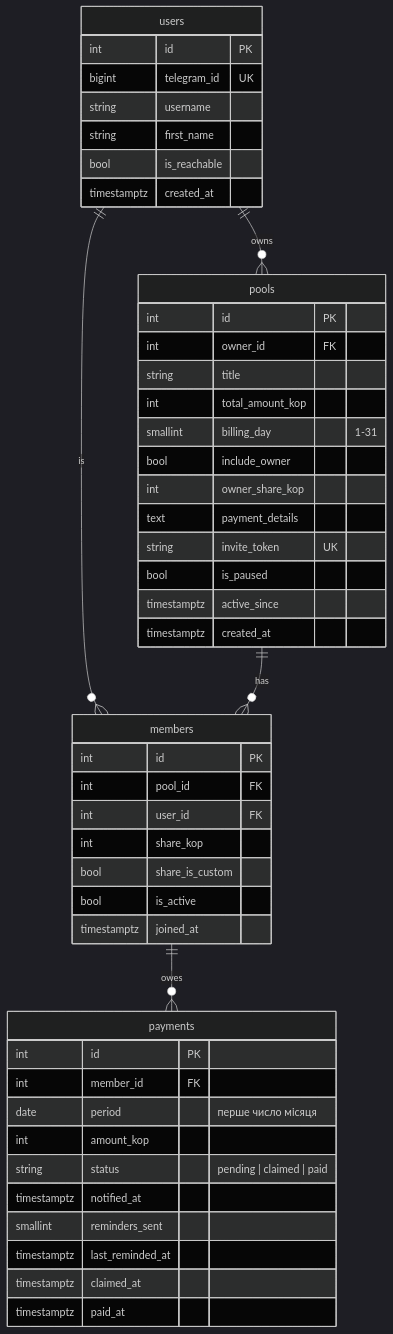
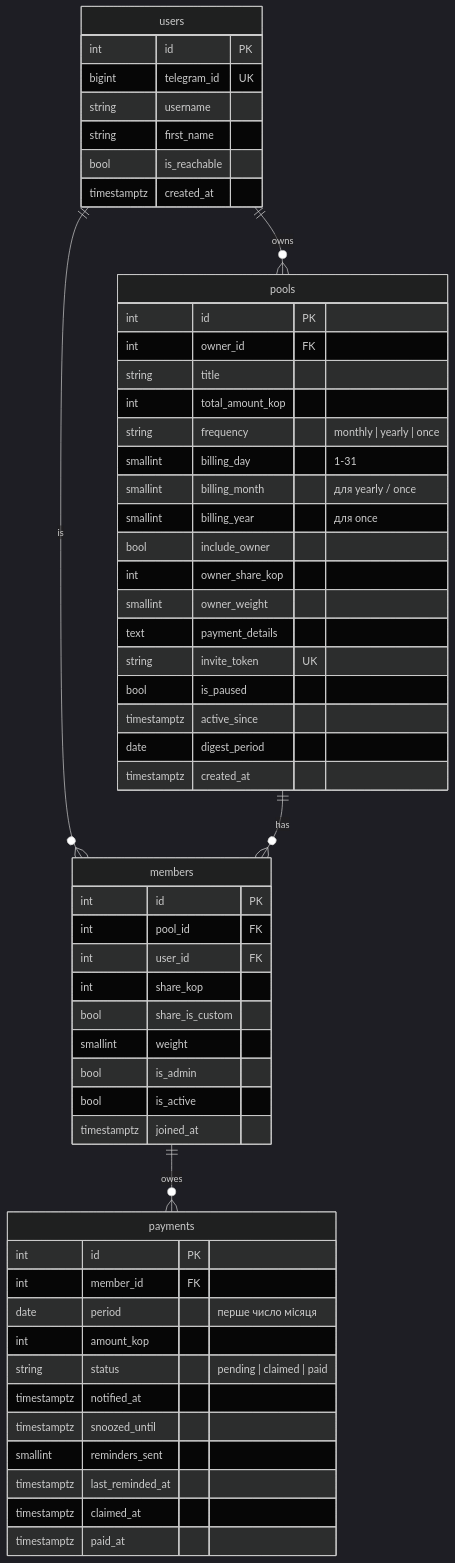
One commit to timstt/skynemos changed the second of 3 diagrams in README.md. Above: the diagram before and after it, drawn with Mermaid (dark theme). The commit also changed other lines of this file, not shown here.

````diff
--- a/README.md
+++ b/README.md
@@ -145,51 +161,59 @@
 ```mermaid
 erDiagram
     users ||--o{ pools : owns
     users ||--o{ members : "is"
     pools ||--o{ members : has
     members ||--o{ payments : owes
 
     users {
         int id PK
         bigint telegram_id UK
         string username
         string first_name
         bool is_reachable
         timestamptz created_at
     }
     pools {
         int id PK
         int owner_id FK
         string title
         int total_amount_kop
+        string frequency "monthly | yearly | once"
         smallint billing_day "1-31"
+        smallint billing_month "для yearly / once"
+        smallint billing_year "для once"
         bool include_owner
         int owner_share_kop
+        smallint owner_weight
         text payment_details
         string invite_token UK
         bool is_paused
         timestamptz active_since
+        date digest_period
         timestamptz created_at
     }
     members {
         int id PK
         int pool_id FK
         int user_id FK
         int share_kop
         bool share_is_custom
+        smallint weight
+        bool is_admin
         bool is_active
         timestamptz joined_at
     }
     payments {
         int id PK
         int member_id FK
         date period "перше число місяця"
         int amount_kop
         string status "pending | claimed | paid"
         timestamptz notified_at
+        timestamptz snoozed_until
         smallint reminders_sent
         timestamptz last_reminded_at
         timestamptz claimed_at
         timestamptz paid_at
     }
 ```
````
